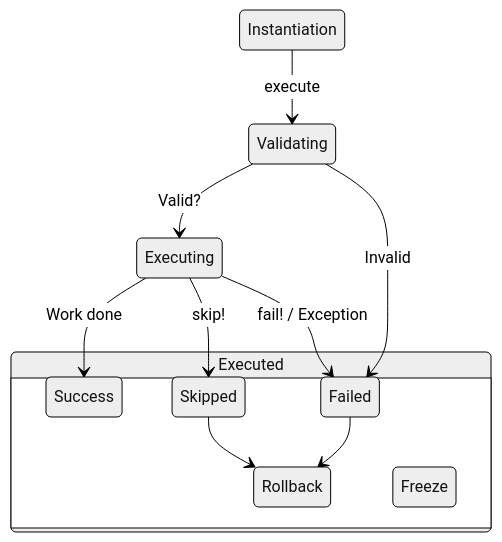
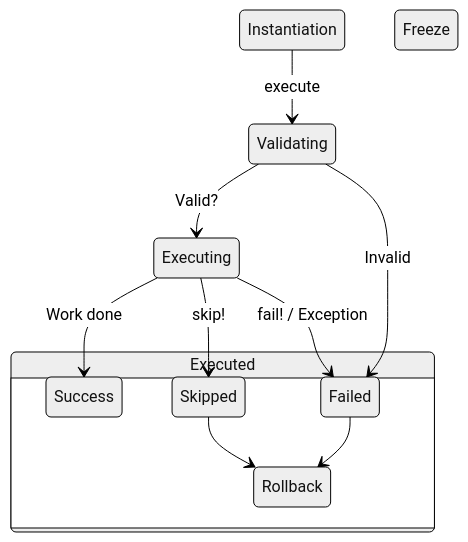
The diagram in docs/basics/setup.md (drexed/cmdx), drawn with Mermaid (neutral theme) before and after one commit. The commit also changed 4 other files, not shown here.

````diff
--- a/docs/basics/setup.md
+++ b/docs/basics/setup.md
@@ -74,22 +74,22 @@
 ```mermaid
 stateDiagram-v2
     Initialized: Instantiation
     Initialized --> Validating: execute
     Validating --> Executing: Valid?
     Validating --> Failed: Invalid
     Executing --> Success: Work done
     Executing --> Skipped: skip!
     Executing --> Failed: fail! / Exception
     Executed
+    Freeze
 
     state Executed {
         Success
         Skipped
         Failed
         Rollback
-        Freeze
 
         Skipped --> Rollback
         Failed --> Rollback
     }
 ```
````
